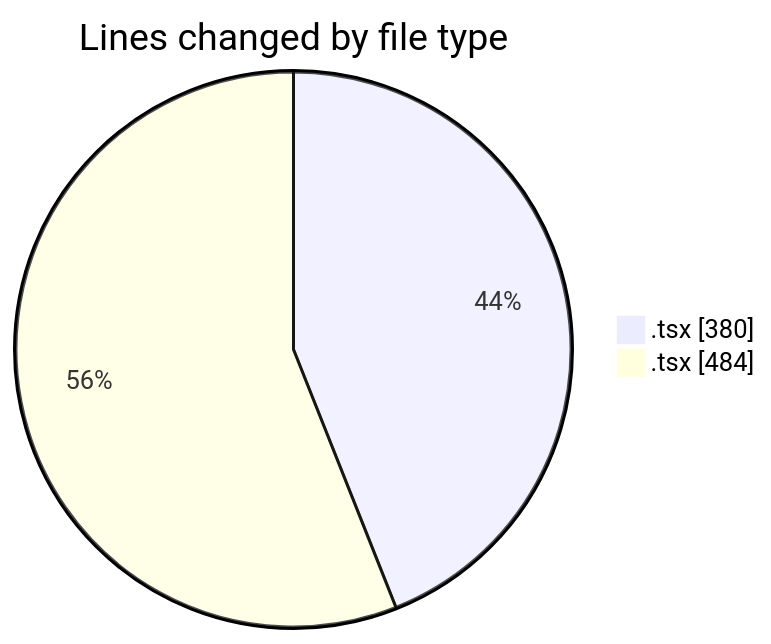
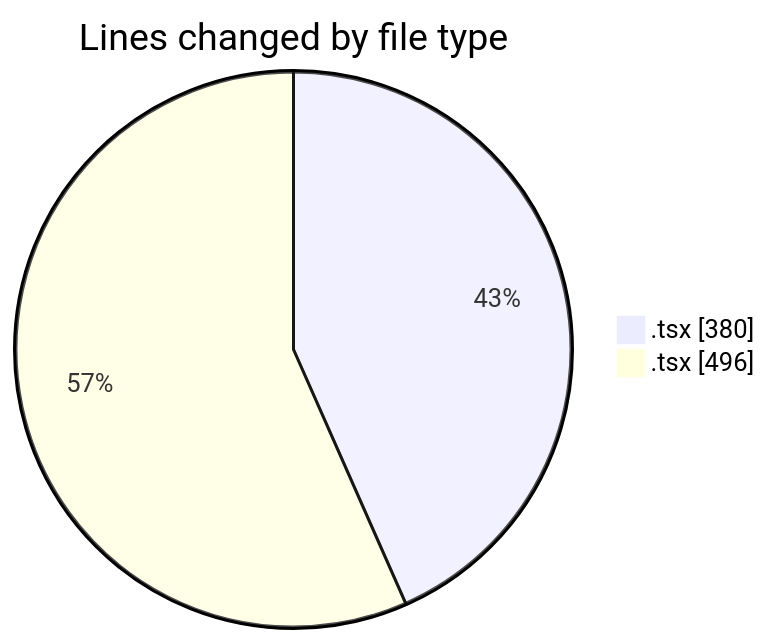
Before and after one commit to robertbonfada/code-tracking: the first of 2 diagrams in 2025-02-06/mbc-web/README.md, drawn with Mermaid. The commit also changed other lines of this file and 1 other file, not shown here.

````diff
--- a/2025-02-06/mbc-web/README.md
+++ b/2025-02-06/mbc-web/README.md
@@ -24,6 +24,6 @@
 ```mermaid
 pie showData
 title Lines changed by file type
 ".tsx " : 380
-".tsx" : 484
+".tsx" : 496
 ```
````
